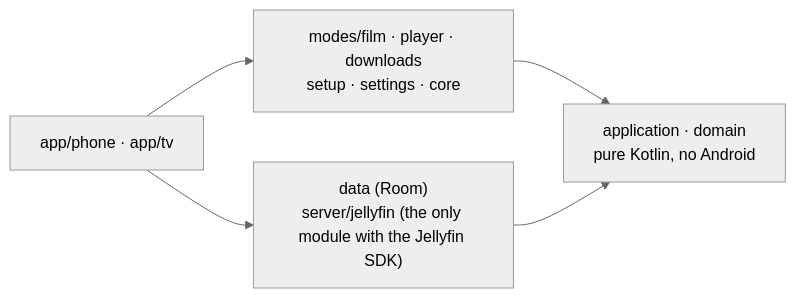
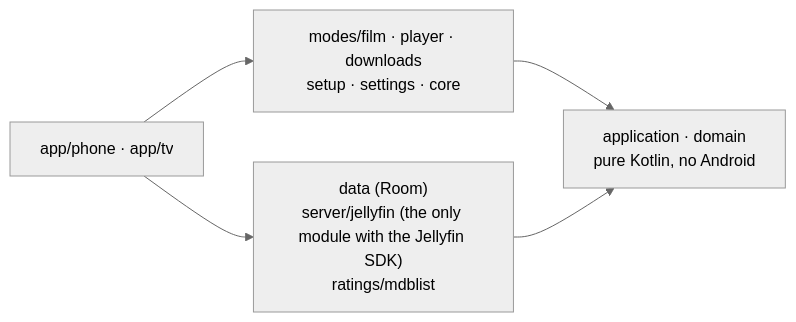
One commit to jaretclifton/ephyra changed the diagram in README.md. Above: the diagram before and after it, drawn with Mermaid (neutral theme). The commit also changed other lines of this file and 2 other files, not shown here.

````diff
--- a/README.md
+++ b/README.md
@@ -163,7 +164,7 @@
 ```mermaid
 flowchart LR
   apps["app/phone · app/tv"] --> features["modes/film · player · downloads<br/>setup · settings · core"]
   features --> pure["application · domain<br/>pure Kotlin, no Android"]
-  apps --> adapters["data (Room)<br/>server/jellyfin (the only module with the Jellyfin SDK)"]
+  apps --> adapters["data (Room)<br/>server/jellyfin (the only module with the Jellyfin SDK)<br/>ratings/mdblist"]
   adapters --> pure
 ```
````
